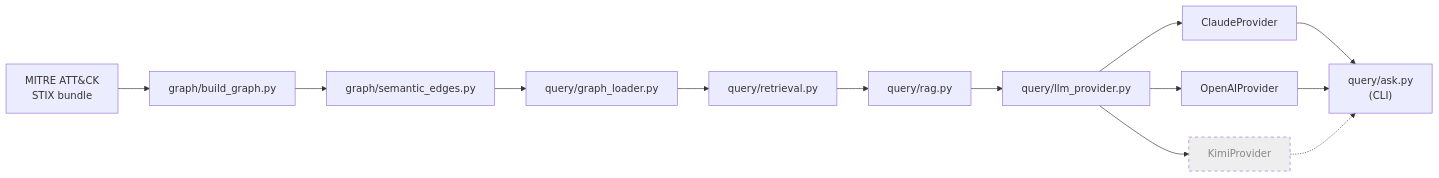
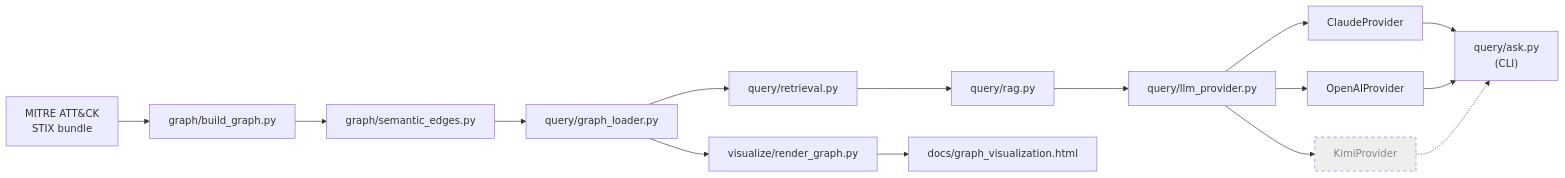
One commit to HungryBrain-bot/attackKnowledgeGraph changed the first of 2 diagrams in README.md. Above: the diagram before and after it, drawn with Mermaid. The commit also changed other lines of this file and 5 other files, not shown here.

First line of the commit message:
feat: add interactive pyvis graph visualization

````diff
--- a/README.md
+++ b/README.md
@@ -93,18 +102,20 @@
 ```mermaid
 flowchart LR
     STIX["MITRE ATT&CK<br/>STIX bundle"] --> BG["graph/build_graph.py"]
     BG --> SE["graph/semantic_edges.py"]
     SE --> GL["query/graph_loader.py"]
     GL --> RET["query/retrieval.py"]
     RET --> RAG["query/rag.py"]
     RAG --> LP["query/llm_provider.py"]
     LP --> CP["ClaudeProvider"]
     LP --> OP["OpenAIProvider"]
     LP --> KP["KimiProvider"]
     CP --> ASK["query/ask.py<br/>(CLI)"]
     OP --> ASK
     KP -.-> ASK
+    GL --> VZ["visualize/render_graph.py"]
+    VZ --> HTMLOUT["docs/graph_visualization.html"]
 
     classDef stub stroke-dasharray: 5 5,fill:#eee,color:#888;
     class KP stub;
 ```
````
